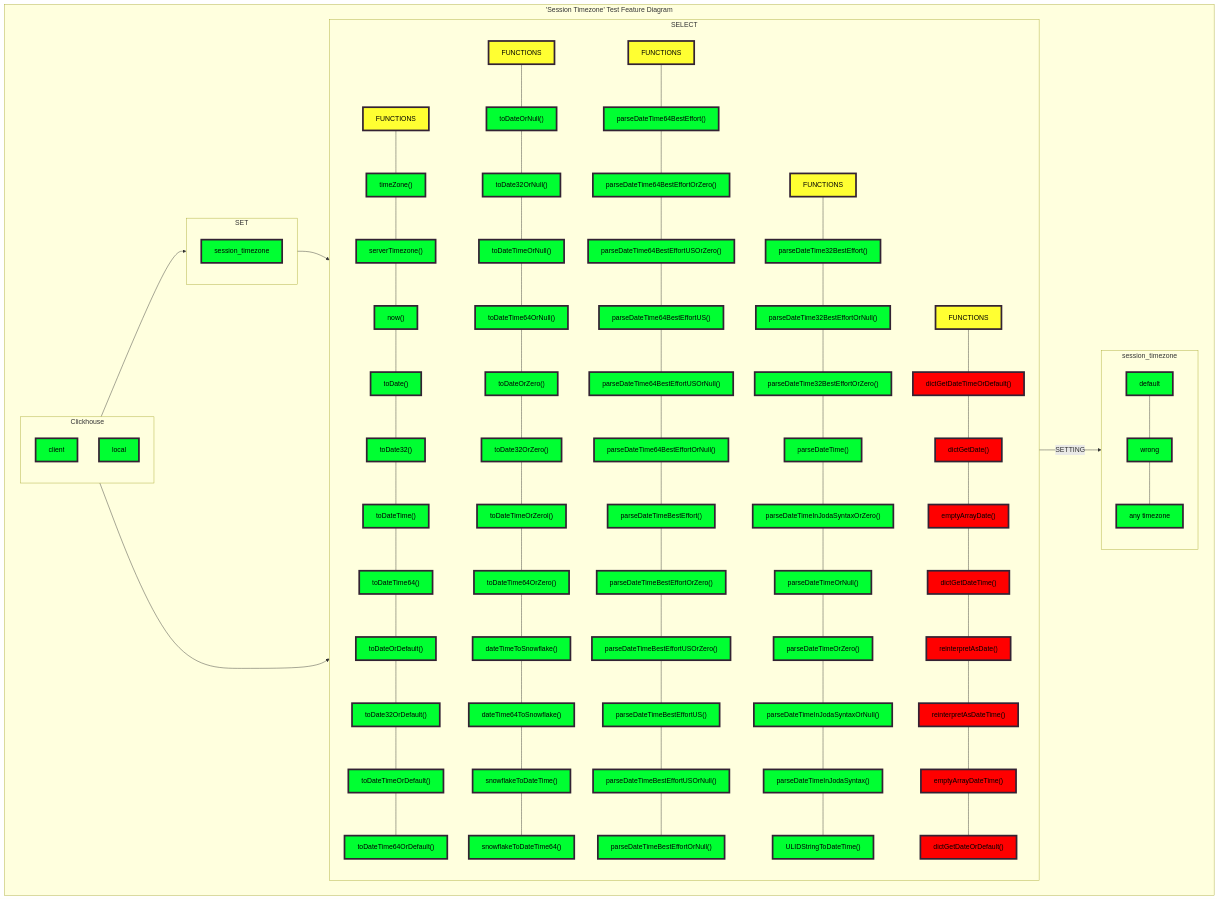
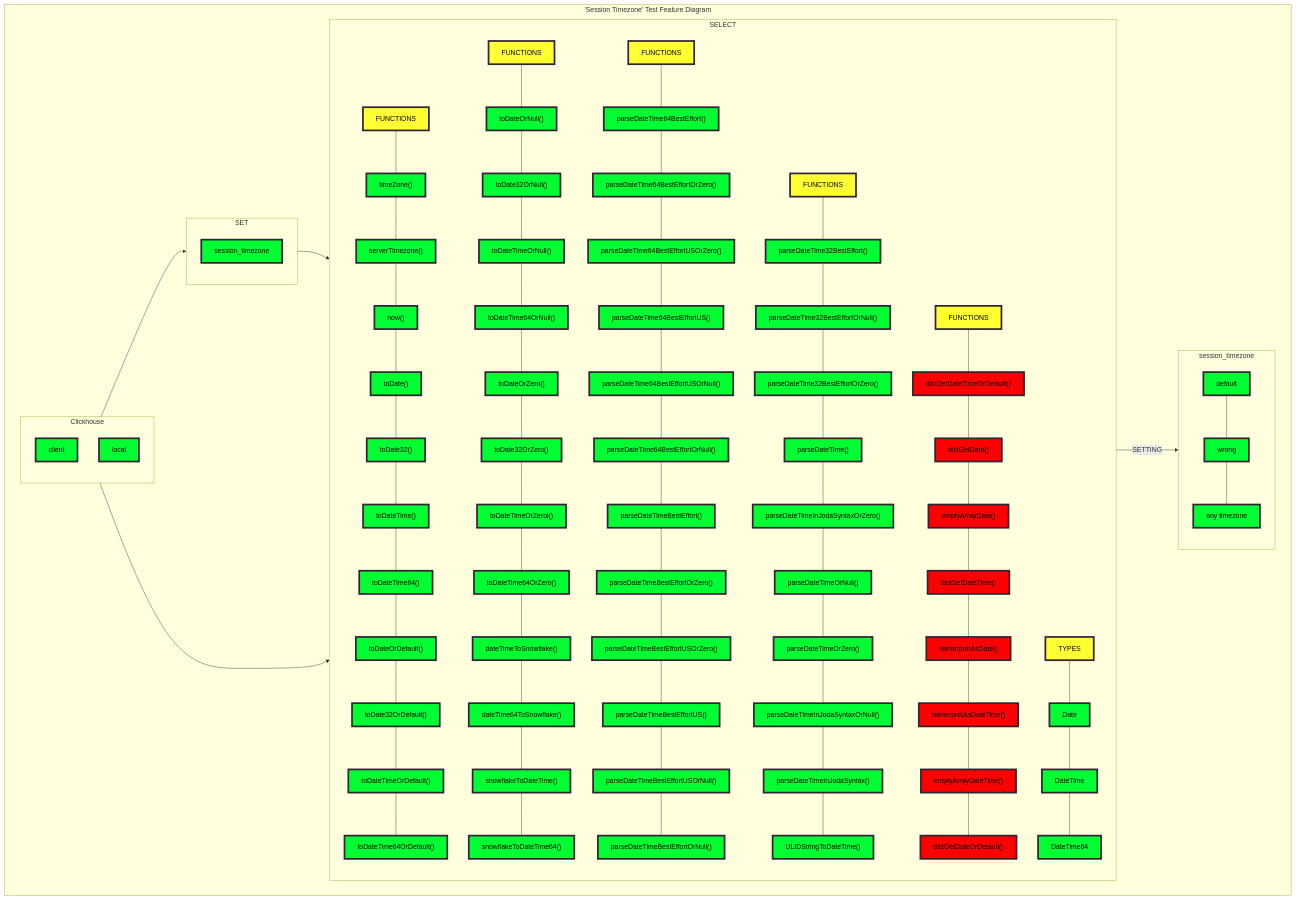
The diagram in session_timezone/requirements/requirements.md (Altinity/clickhouse-regression), drawn with Mermaid before and after one commit.

Commit message:
session timezone upd.

```diff
--- a/session_timezone/requirements/requirements.md
+++ b/session_timezone/requirements/requirements.md
@@ -73,6 +73,7 @@
   26A---27A---28A---29A---30A---31A---32A---33A---34A---35A---36A---37A---38A
   39A---40A---41A---42A---43A---44A---45A---46A---47A---48A---49A
   52A---60A---61A---62A---63A---64A---65A---67A---68A
+  70A---71A---72A---73A
   1D---2D---3D
   
     subgraph E["SET"]
@@ -152,6 +153,11 @@
         65A["reinterpretAsDateTime()"]:::red
         67A["emptyArrayDateTime()"]:::red
         68A["dictGetDateOrDefault()"]:::red
+        
+        70A["TYPES"]:::yellow
+        71A["Date"]:::green
+        72A["DateTime"]:::green
+        73A["DateTime64"]:::green
 
         
     end
```
